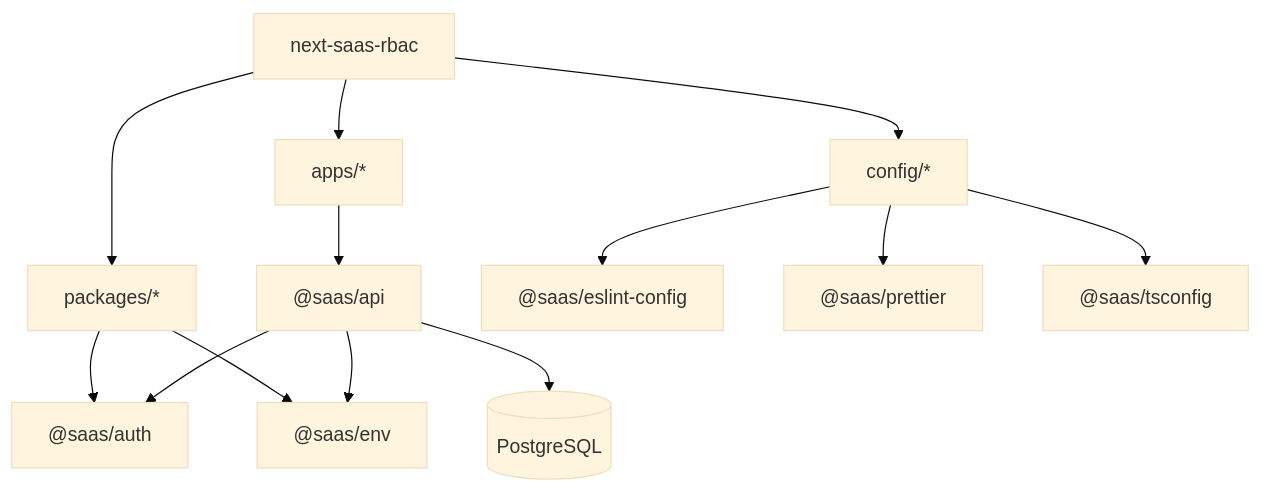
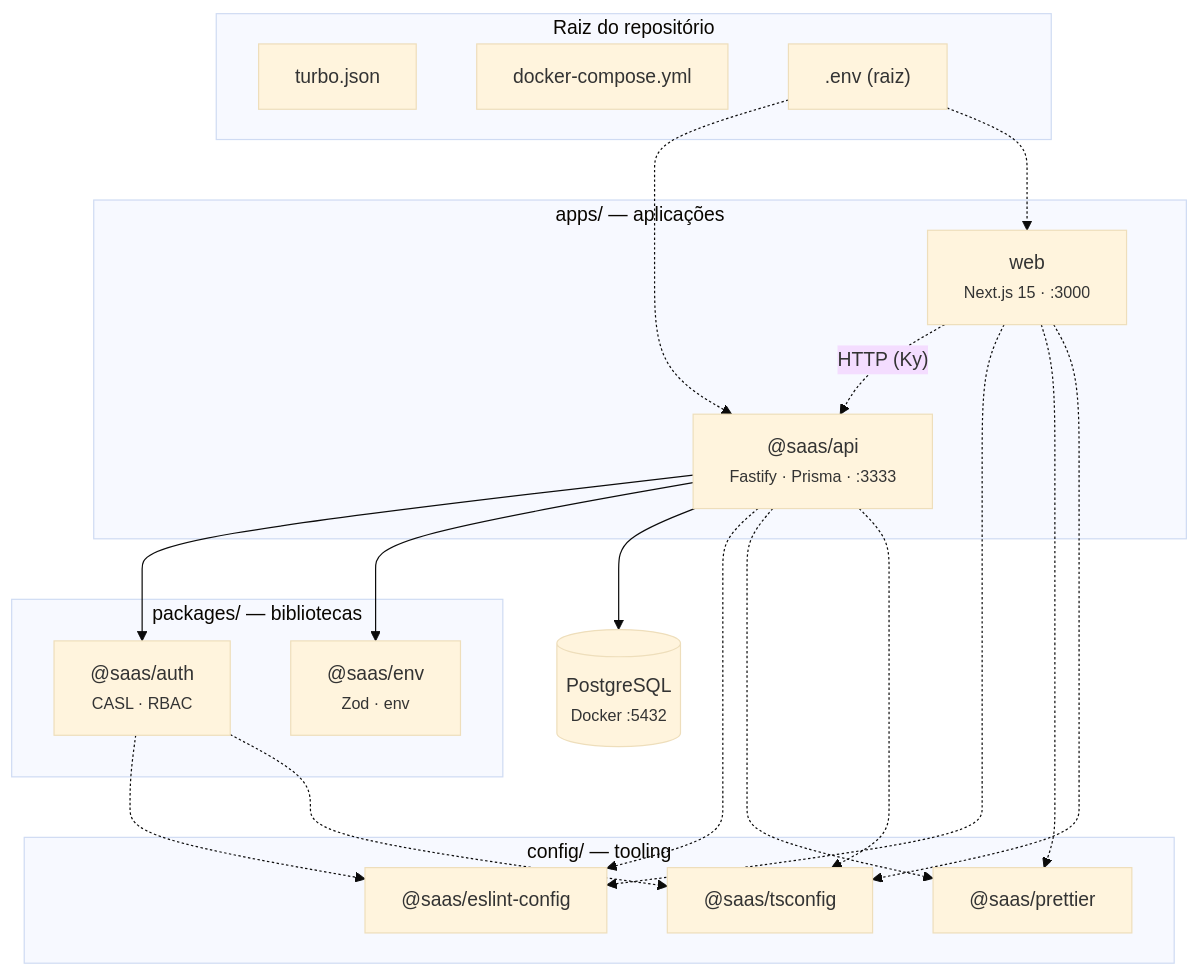
The diagram in README.md (lucas62/next-saas-rbac), drawn with Mermaid (base theme) before and after one commit. The commit also changed other lines of this file and 1 other file, not shown here.

Commit message:
docs: update README with project architecture details and remove redundant web README

````diff
--- a/README.md
+++ b/README.md
@@ -126,16 +186,42 @@
 ```mermaid
 flowchart TB
-  root[next-saas-rbac]
-  root --> apps[apps/*]
-  root --> packages[packages/*]
-  root --> config[config/*]
-  apps --> api["@saas/api"]
-  packages --> auth["@saas/auth"]
-  packages --> envPkg["@saas/env"]
+  subgraph root["Raiz do repositório"]
+    turbo["turbo.json"]
+    compose["docker-compose.yml"]
+    envFile[".env (raiz)"]
+  end
+
+  subgraph apps["apps/ — aplicações"]
+    api["@saas/api<br/><small>Fastify · Prisma · :3333</small>"]
+    web["web<br/><small>Next.js 15 · :3000</small>"]
+  end
+
+  subgraph packages["packages/ — bibliotecas"]
+    auth["@saas/auth<br/><small>CASL · RBAC</small>"]
+    envPkg["@saas/env<br/><small>Zod · env</small>"]
+  end
+
+  subgraph config["config/ — tooling"]
+    eslint["@saas/eslint-config"]
+    prettier["@saas/prettier"]
+    tsconfig["@saas/tsconfig"]
+  end
+
+  db[("PostgreSQL<br/><small>Docker :5432</small>")]
+
   api --> auth
   api --> envPkg
-  api --> db[(PostgreSQL)]
-  config --> eslint["@saas/eslint-config"]
-  config --> prettier["@saas/prettier"]
-  config --> tsconfig["@saas/tsconfig"]
+  api --> db
+  envFile -.-> api
+  envFile -.-> web
+  web -.->|"HTTP (Ky)"| api
+
+  api -.-> eslint
+  api -.-> prettier
+  api -.-> tsconfig
+  web -.-> eslint
+  web -.-> prettier
+  web -.-> tsconfig
+  auth -.-> eslint
+  auth -.-> tsconfig
 ```
````
